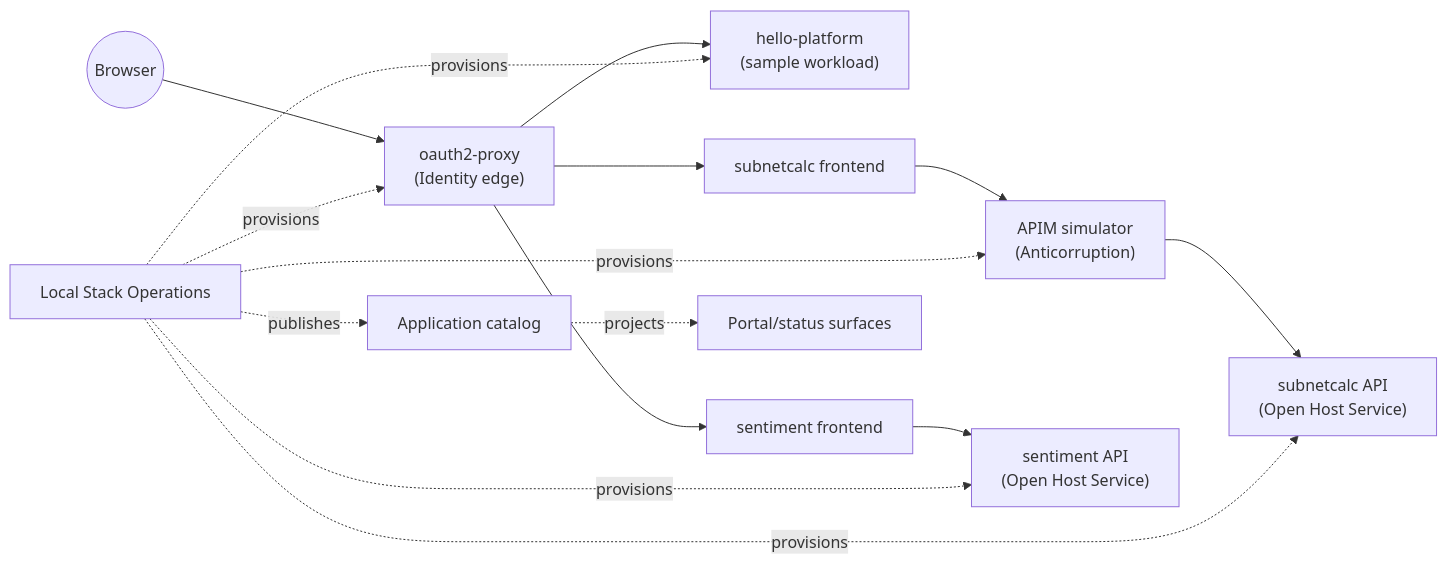
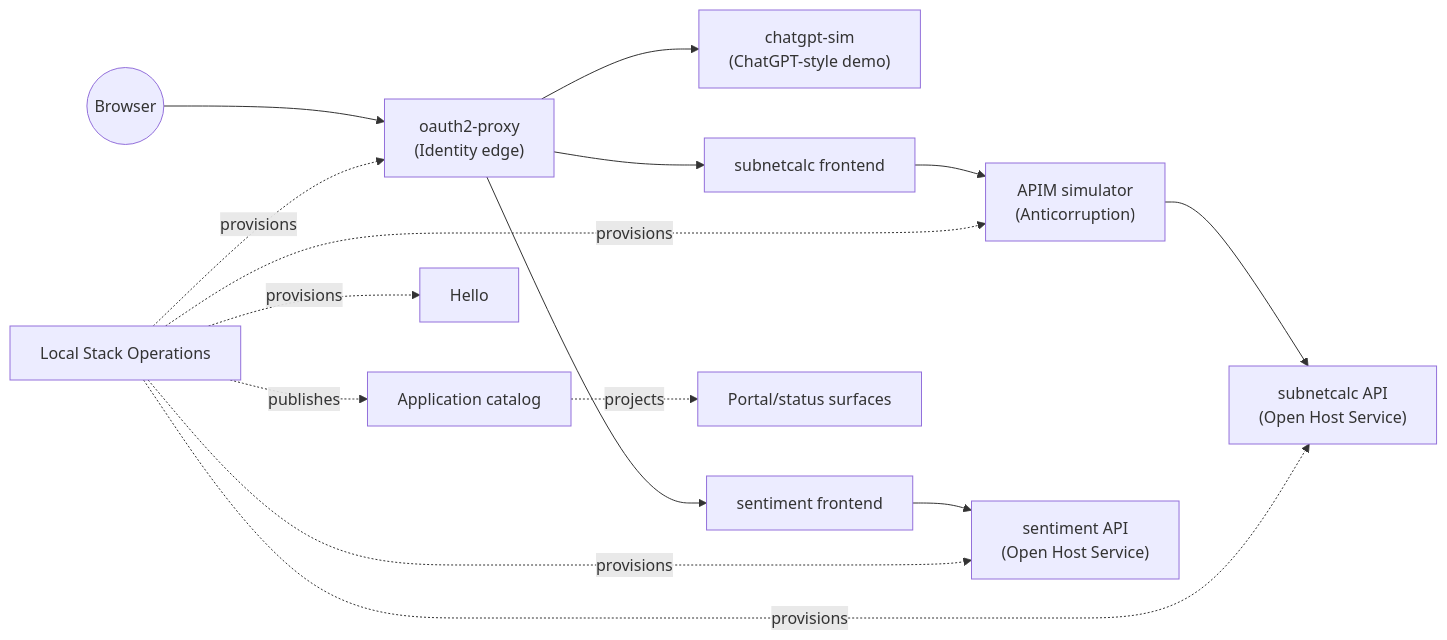
One commit to nickromney/platform changed the diagram in docs/ddd/contracts.md. Above: the diagram before and after it, drawn with Mermaid. The commit also changed other lines of this file and 42 other files, not shown here.

Commit message:
Remove hello-platform demo and wire chatgpt-sim to dev (#103)

````diff
--- a/docs/ddd/contracts.md
+++ b/docs/ddd/contracts.md
@@ -26,29 +26,29 @@
 ```mermaid
 flowchart LR
     User((Browser))
     OAuth["oauth2-proxy<br/>(Identity edge)"]
     APIM["APIM simulator<br/>(Anticorruption)"]
-    Hello["hello-platform<br/>(sample workload)"]
+    ChatGPT["chatgpt-sim<br/>(ChatGPT-style demo)"]
     SubnetFE["subnetcalc frontend"]
     SubnetAPI["subnetcalc API<br/>(Open Host Service)"]
     SentFE["sentiment frontend"]
     SentAPI["sentiment API<br/>(Open Host Service)"]
     StackOps["Local Stack Operations"]
     Catalog["Application catalog"]
     Portal["Portal/status surfaces"]
 
     User --> OAuth
-    OAuth --> Hello
+    OAuth --> ChatGPT
     OAuth --> SubnetFE
     OAuth --> SentFE
     SubnetFE --> APIM
     APIM --> SubnetAPI
     SentFE --> SentAPI
     StackOps -. provisions .-> OAuth
     StackOps -. provisions .-> Hello
     StackOps -. provisions .-> APIM
     StackOps -. provisions .-> SubnetAPI
     StackOps -. provisions .-> SentAPI
     StackOps -. publishes .-> Catalog
     Catalog -. projects .-> Portal
 ```
````
